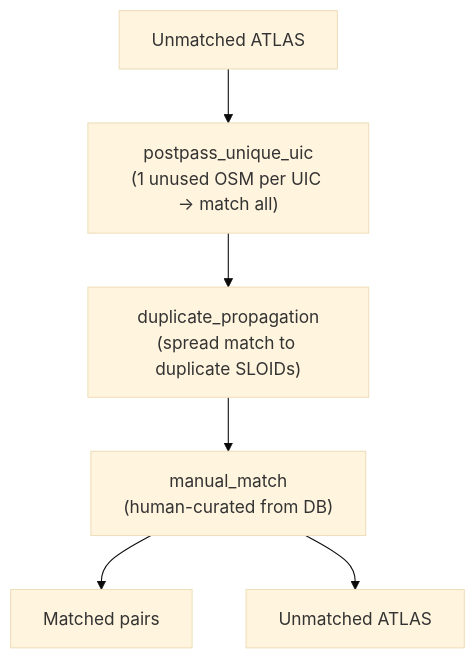
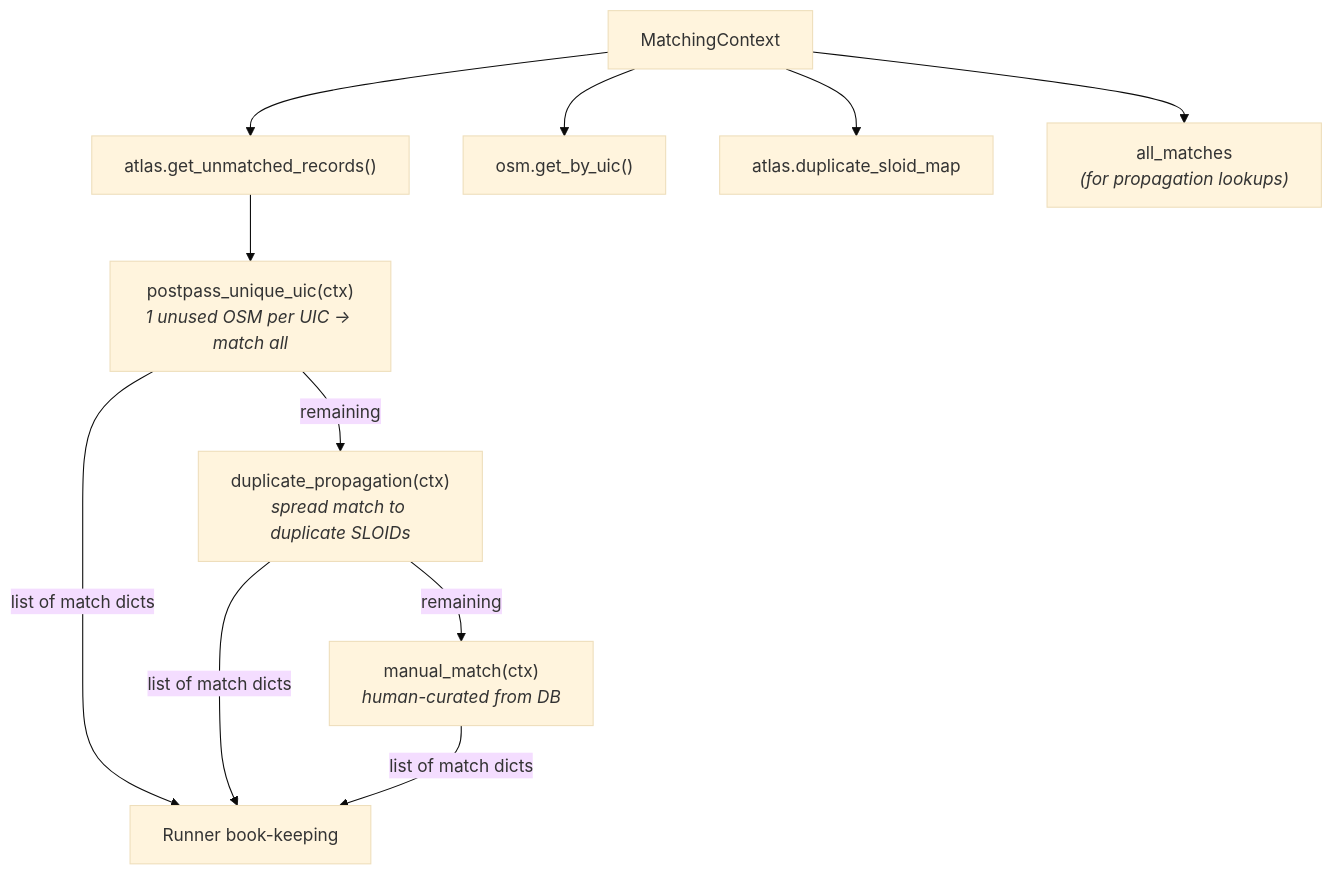
One commit to openTdataCH/stop_sync_osm_atlas changed the diagram in documentation/2.5 Post-processing.md. Above: the diagram before and after it, drawn with Mermaid (base theme). The commit also changed other lines of this file and 61 other files, not shown here.

````diff
--- a/documentation/2.5 Post-processing.md
+++ b/documentation/2.5 Post-processing.md
@@ -5,8 +5,14 @@
 ```mermaid
 flowchart TB
-    IN["Unmatched ATLAS"] --> P1["postpass_unique_uic<br/>(1 unused OSM per UIC → match all)"]
-    P1 --> P2["duplicate_propagation<br/>(spread match to duplicate SLOIDs)"]
-    P2 --> P3["manual_match<br/>(human-curated from DB)"]
-    P3 --> OUT["Matched pairs"]
-    P3 --> UA["Unmatched ATLAS"]
+    CTX["MatchingContext"] --> UA["atlas.get_unmatched_records()"]
+    CTX --> OSM["osm.get_by_uic()"]
+    CTX --> DUP["atlas.duplicate_sloid_map"]
+    CTX --> AM["all_matches<br/><i>(for propagation lookups)</i>"]
+
+    UA --> P1["postpass_unique_uic(ctx)<br/><i>1 unused OSM per UIC → match all</i>"]
+    P1 -->|"list of match dicts"| R1["Runner book-keeping"]
+    P1 -->|remaining| P2["duplicate_propagation(ctx)<br/><i>spread match to duplicate SLOIDs</i>"]
+    P2 -->|"list of match dicts"| R1
+    P2 -->|remaining| P3["manual_match(ctx)<br/><i>human-curated from DB</i>"]
+    P3 -->|"list of match dicts"| R1
 ```
````
